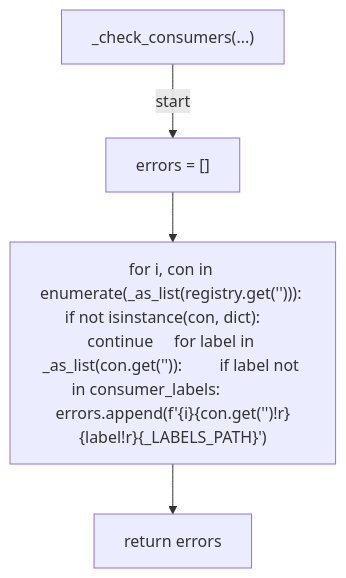
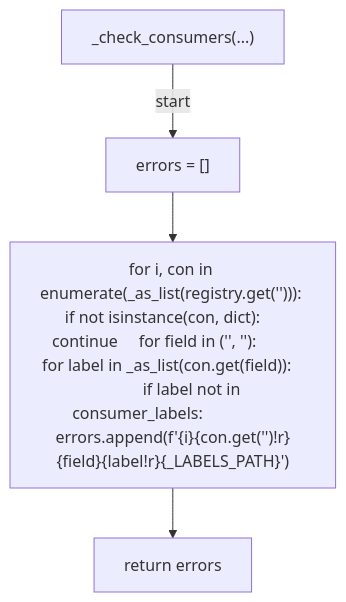
The tenth of 14 diagrams in docs/generated/scripts/ast/scan_ssot_schema.md (tvna/claude-md), drawn with Mermaid before and after one commit. The commit also changed 3 other files, not shown here.

First line of the commit message:
docs(generated): regenerate decision tree and workflow diagrams

````diff
--- a/docs/generated/scripts/ast/scan_ssot_schema.md
+++ b/docs/generated/scripts/ast/scan_ssot_schema.md
@@ -167,10 +167,10 @@
 ```mermaid
 flowchart TD
     N001["_check_consumers(...)"]
     N002["errors = []"]
-    N003["for i, con in enumerate(_as_list(registry.get('<str>'))):     if not isinstance(con, dict):         continue     for label in _as_list(con.get('<str>')):         if label not in consumer_labels:             errors.append(f'<str>{i}<str>{con.get('<str>')!r}<str>{label!r}<str>{_LABELS_PATH}<str>')"]
+    N003["for i, con in enumerate(_as_list(registry.get('<str>'))):     if not isinstance(con, dict):         continue     for field in ('<str>', '<str>'):         for label in _as_list(con.get(field)):             if label not in consumer_labels:                 errors.append(f'<str>{i}<str>{con.get('<str>')!r}<str>{field}<str>{label!r}<str>{_LABELS_PATH}<str>')"]
     N004["return errors"]
     N001 -->|"start"| N002
     N002 --> N003
     N003 --> N004
 ```
````
